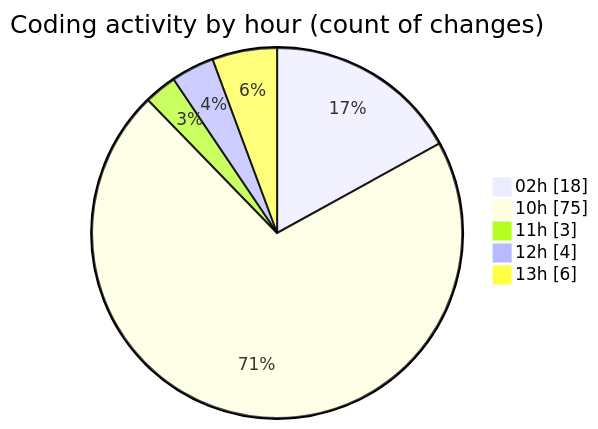
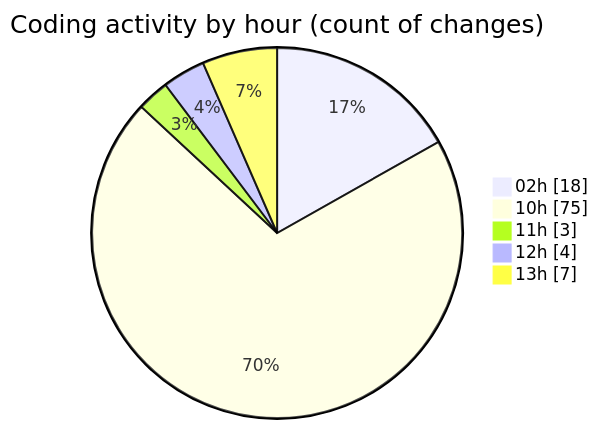
Before and after one commit to shibass792/code-tracking: the second of 2 diagrams in 2026-07-08/twenty_versions_aminor/README.md, drawn with Mermaid. The commit also changed other lines of this file and 1 other file, not shown here.

````diff
--- a/2026-07-08/twenty_versions_aminor/README.md
+++ b/2026-07-08/twenty_versions_aminor/README.md
@@ -33,9 +34,9 @@
 ```mermaid
 pie showData
 title Coding activity by hour (count of changes)
 "02h" : 18
 "10h" : 75
 "11h" : 3
 "12h" : 4
-"13h" : 6
+"13h" : 7
 ```
````
